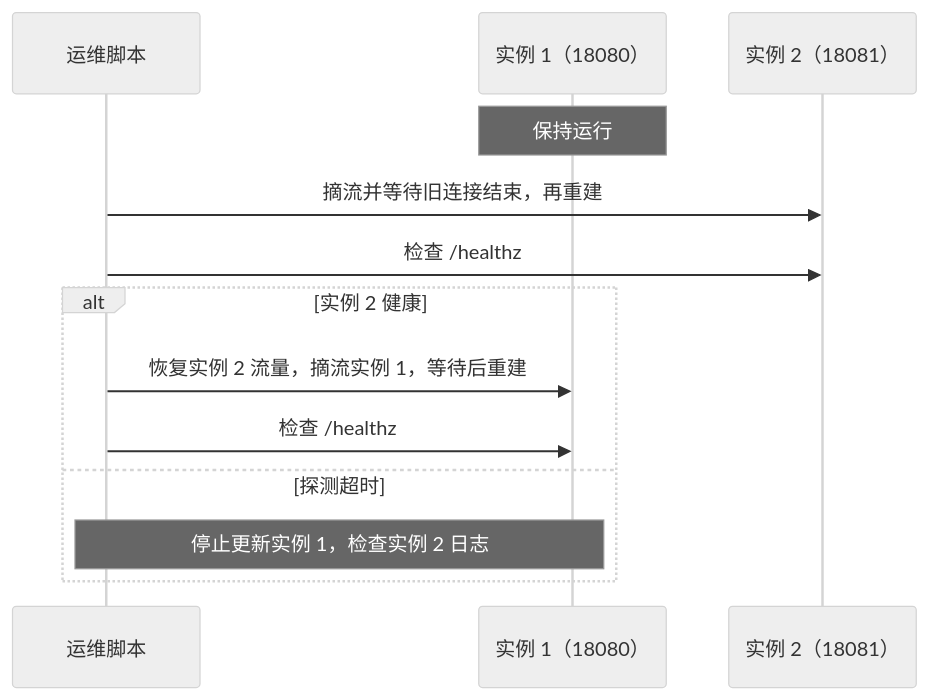
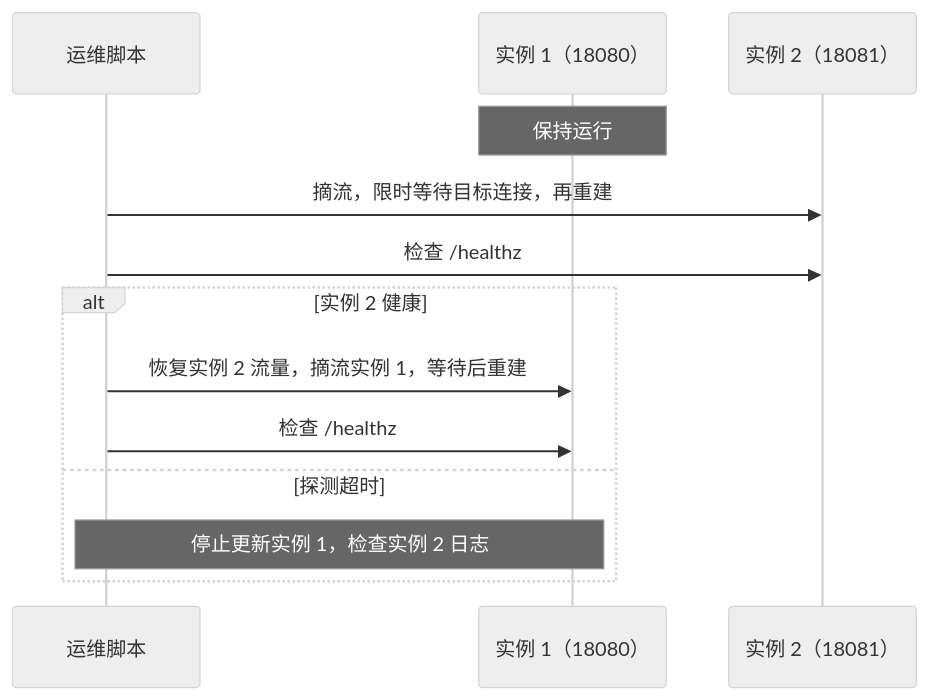
The fourth of 4 diagrams in docs/二次开发与运维手册.md (wuwei0727/codex-proxy-rs), drawn with Mermaid (neutral theme) before and after one commit. The commit also changed other lines of this file and 3 other files, not shown here.

````diff
--- a/docs/二次开发与运维手册.md
+++ b/docs/二次开发与运维手册.md
@@ -242,15 +242,15 @@
 ```mermaid
 sequenceDiagram
     participant Ops as 运维脚本
     participant Inst1 as 实例 1（18080）
     participant Inst2 as 实例 2（18081）
     Note over Inst1: 保持运行
-    Ops->>Inst2: 摘流并等待旧连接结束，再重建
+    Ops->>Inst2: 摘流，限时等待目标连接，再重建
     Ops->>Inst2: 检查 /healthz
     alt 实例 2 健康
         Ops->>Inst1: 恢复实例 2 流量，摘流实例 1，等待后重建
         Ops->>Inst1: 检查 /healthz
     else 探测超时
         Note over Ops,Inst1: 停止更新实例 1，检查实例 2 日志
     end
 ```
````
